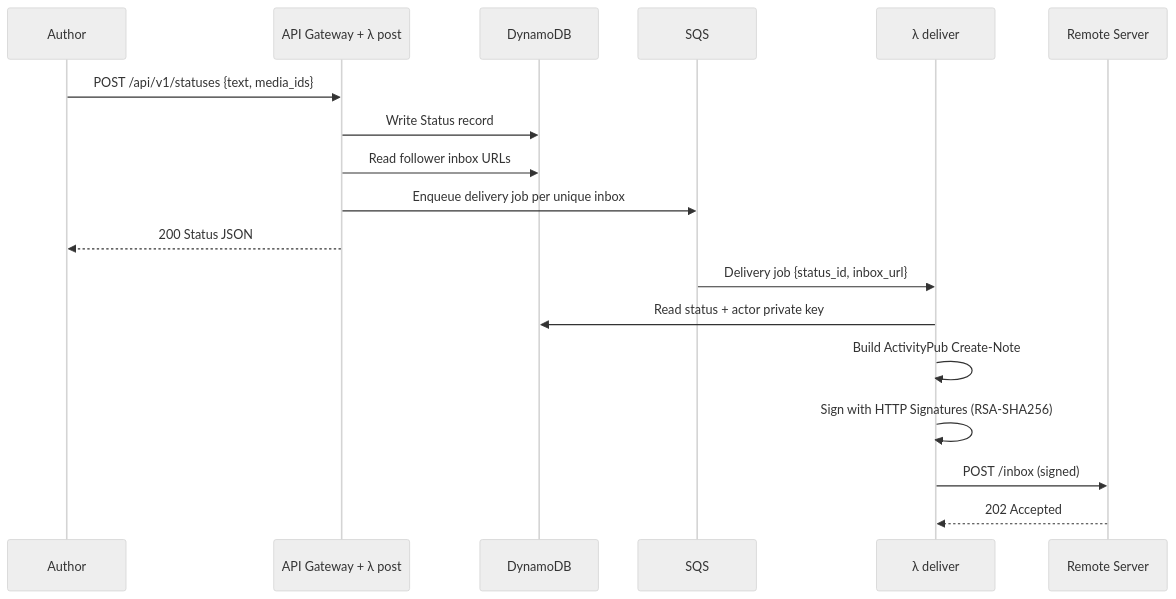
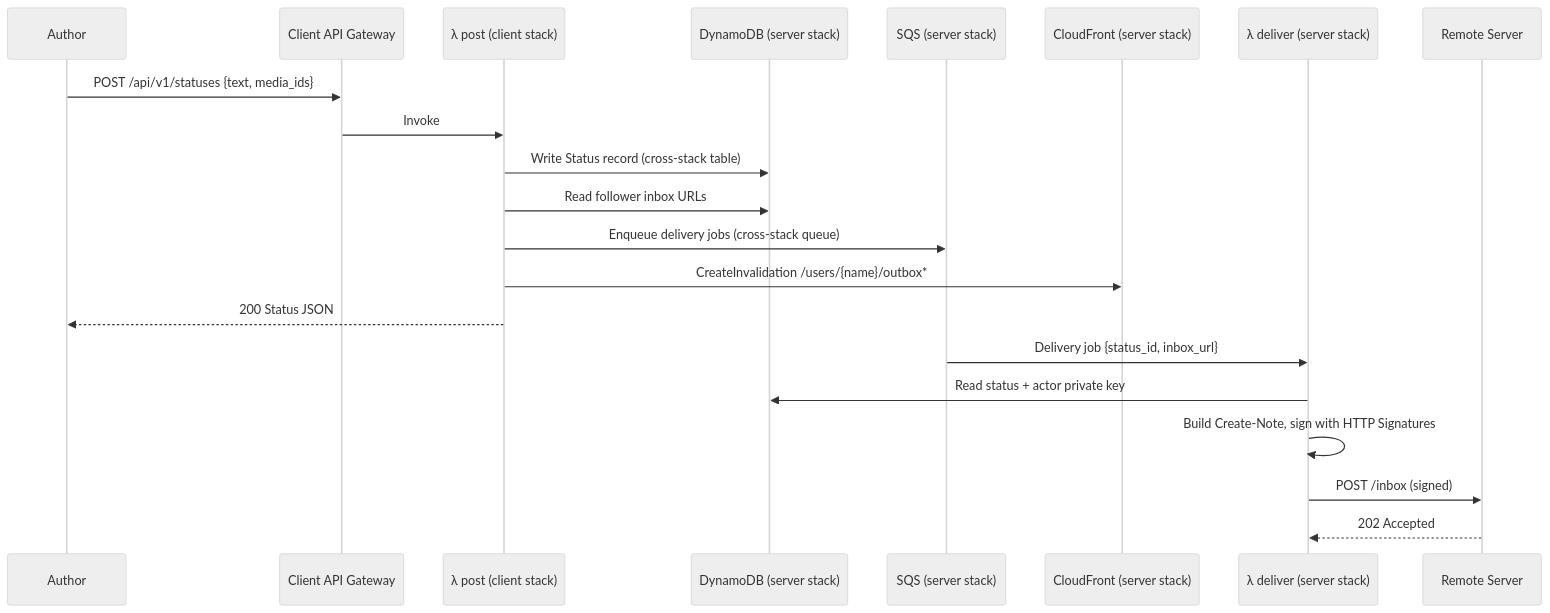
The second of 4 diagrams in docs/PROJECT-PLAN.md (happitec-inc/FederatedActivityPublisher), drawn with Mermaid (neutral theme) before and after one commit. The commit also changed other lines of this file, not shown here.

First line of the commit message:
Three-stack architecture: bootstrap, server, client

````diff
--- a/docs/PROJECT-PLAN.md
+++ b/docs/PROJECT-PLAN.md
@@ -90,22 +172,25 @@
 ```mermaid
 sequenceDiagram
     participant U as Author
-    participant API as API Gateway + λ post
-    participant DB as DynamoDB
-    participant Q as SQS
-    participant D as λ deliver
+    participant CG as Client API Gateway
+    participant P as λ post (client stack)
+    participant DB as DynamoDB (server stack)
+    participant Q as SQS (server stack)
+    participant CF as CloudFront (server stack)
+    participant D as λ deliver (server stack)
     participant R as Remote Server
 
-    U->>API: POST /api/v1/statuses {text, media_ids}
-    API->>DB: Write Status record
-    API->>DB: Read follower inbox URLs
-    API->>Q: Enqueue delivery job per unique inbox
-    API-->>U: 200 Status JSON
+    U->>CG: POST /api/v1/statuses {text, media_ids}
+    CG->>P: Invoke
+    P->>DB: Write Status record (cross-stack table)
+    P->>DB: Read follower inbox URLs
+    P->>Q: Enqueue delivery jobs (cross-stack queue)
+    P->>CF: CreateInvalidation /users/{name}/outbox*
+    P-->>U: 200 Status JSON
 
     Q->>D: Delivery job {status_id, inbox_url}
     D->>DB: Read status + actor private key
-    D->>D: Build ActivityPub Create-Note
-    D->>D: Sign with HTTP Signatures (RSA-SHA256)
+    D->>D: Build Create-Note, sign with HTTP Signatures
     D->>R: POST /inbox (signed)
     R-->>D: 202 Accepted
 ```
````
